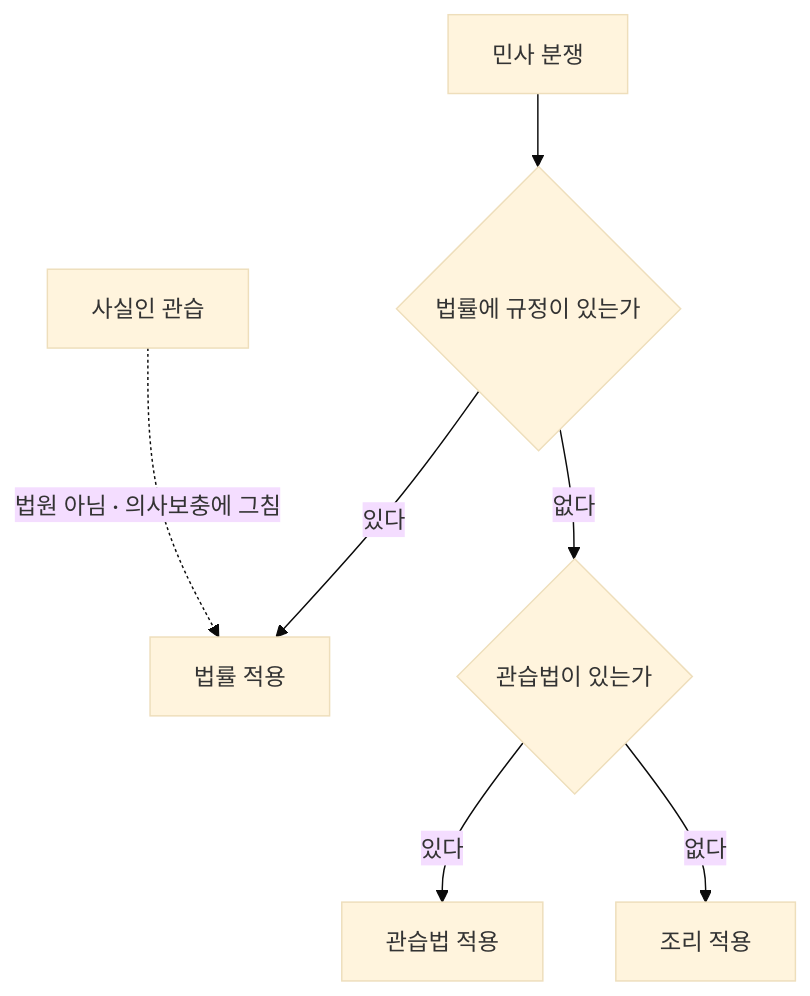
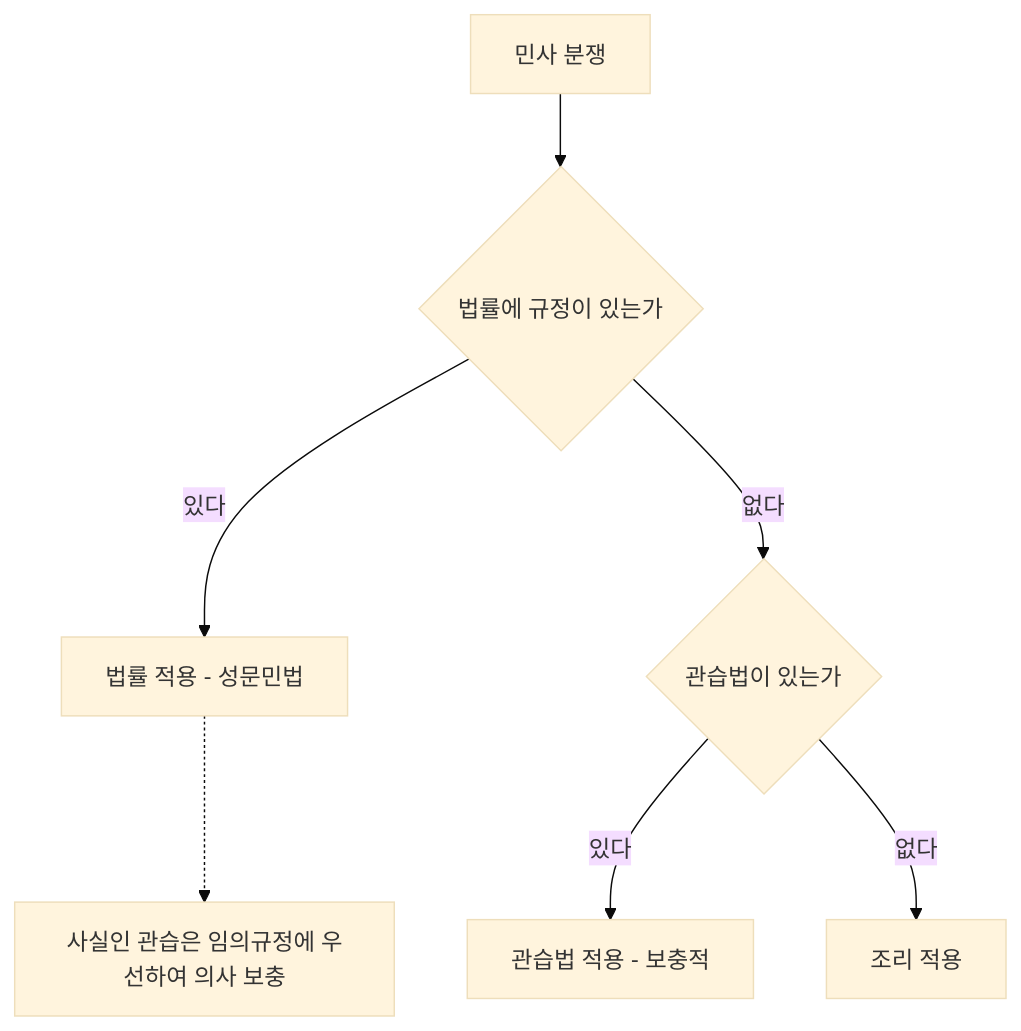
One commit to jihorag/- changed the second of 7 diagrams in viewer/public/data/study/civil/units/M01.md. Above: the diagram before and after it, drawn with Mermaid (base theme). The commit also changed other lines of this file and 6 other files, not shown here.

````diff
--- a/viewer/public/data/study/civil/units/M01.md
+++ b/viewer/public/data/study/civil/units/M01.md
@@ -773,9 +1935,9 @@
 ```mermaid
 graph TD
   A[민사 분쟁] --> B{법률에 규정이 있는가}
-  B -- 있다 --> C[법률 적용]
+  B -- 있다 --> C[법률 적용 - 성문민법]
   B -- 없다 --> D{관습법이 있는가}
-  D -- 있다 --> E[관습법 적용]
+  D -- 있다 --> E[관습법 적용 - 보충적]
   D -- 없다 --> F[조리 적용]
-  G[사실인 관습] -. 법원 아님 · 의사보충에 그침 .-> C
+  C -.-> G[사실인 관습은 임의규정에 우선하여 의사 보충]
 ```
````
